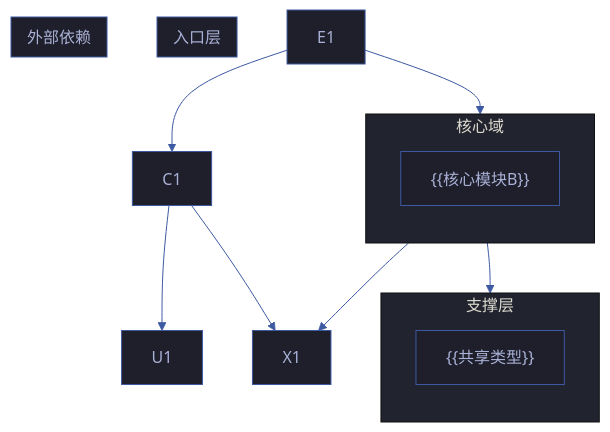
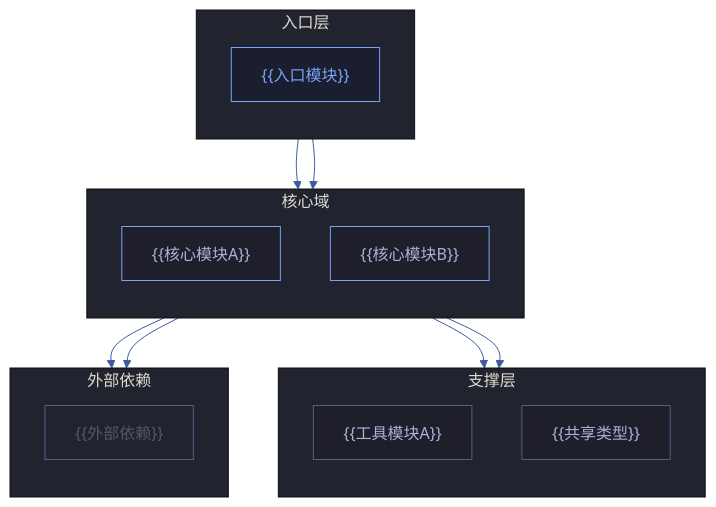
Before and after one commit to effiy/YrY: the first of 3 diagrams in templates/故事任务/场景-4-<slug>.md, drawn with Mermaid. The commit also changed other lines of this file and 11 other files, not shown here.

````diff
--- a/templates/故事任务/场景-4-<slug>.md
+++ b/templates/故事任务/场景-4-<slug>.md
@@ -31,32 +42,40 @@
 ```mermaid
 %%{init: {'theme': 'base', 'themeVariables': {
   'primaryColor': '#1e1f2b',
   'primaryTextColor': '#a9b1d6',
   'primaryBorderColor': '#3d59a1',
   'lineColor': '#3d59a1',
   'secondaryColor': '#2b2d3b',
   'tertiaryColor': '#21232f'
 }}}%%
 flowchart TB
     subgraph 入口["入口层"]
         direction TB
+        E1["{{入口模块}}"]:::entry
     end
     subgraph 核心["核心域"]
         direction TB
+        C1["{{核心模块A}}"]:::core
         C2["{{核心模块B}}"]:::core
     end
     subgraph 支撑["支撑层"]
         direction TB
+        U1["{{工具模块A}}"]:::util
         U2["{{共享类型}}"]:::util
     end
     subgraph 外部["外部依赖"]
         direction TB
+        X1["{{外部依赖}}"]:::ext
     end
     E1 --> C1
     E1 --> C2
     C1 --> U1
     C1 --> X1
     C2 --> U2
     C2 --> X1
 
+    classDef entry fill:#1b1e2e,stroke:#7aa2f7,color:#7aa2f7
+    classDef core fill:#1e1f2b,stroke:#7aa2f7,color:#a9b1d6
+    classDef util fill:#1e1f2b,stroke:#565f89,color:#a9b1d6
+    classDef ext fill:#21232f,stroke:#565f89,color:#53576c
 ```
````
